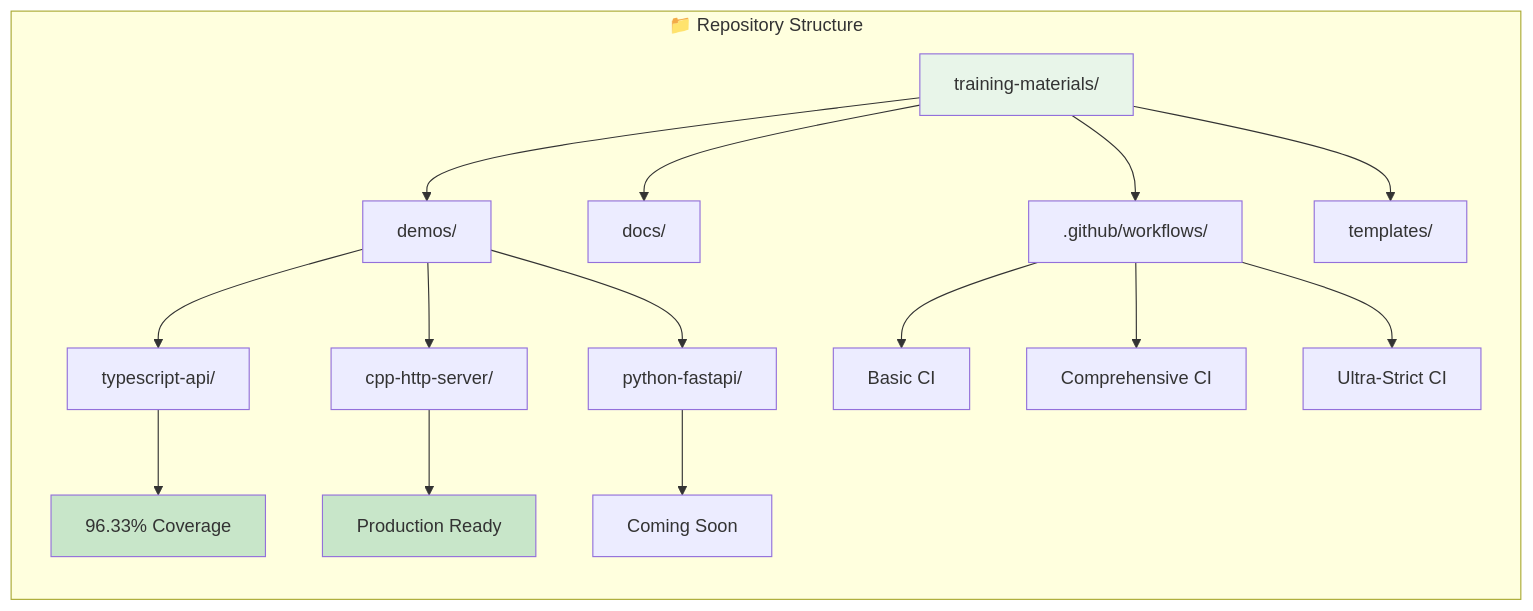
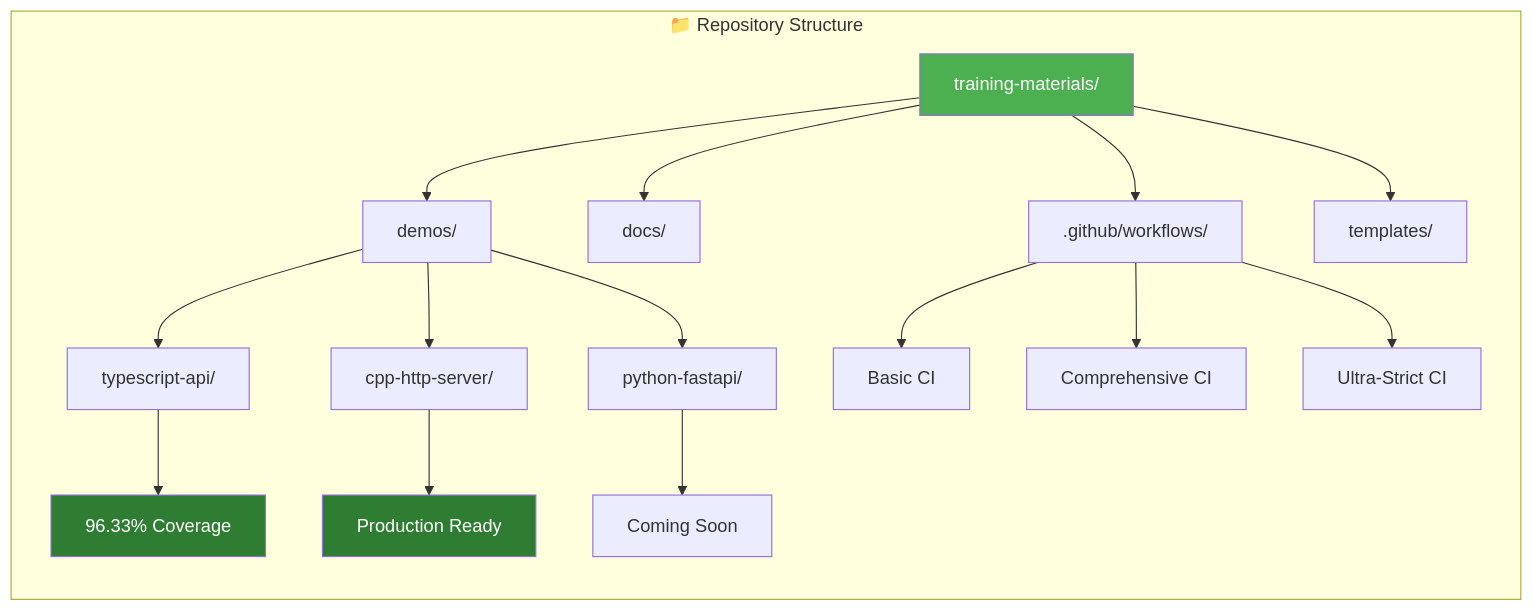
One commit to mvalancy-mt/training-materials changed the second of 10 diagrams in README.md. Above: the diagram before and after it, drawn with Mermaid. The commit also changed other lines of this file and 2 other files, not shown here.

First line of the commit message:
fix: improve mermaid diagram readability with high-contrast colors (#9)

````diff
--- a/README.md
+++ b/README.md
@@ -42,25 +42,25 @@
 ```mermaid
 graph LR
     subgraph "📁 Repository Structure"
         A[training-materials/] --> B[demos/]
         A --> C[docs/]
         A --> D[.github/workflows/]
         A --> E[templates/]
 
         B --> F[typescript-api/]
         B --> G[cpp-http-server/]
         B --> H[python-fastapi/]
 
         F --> F1[96.33% Coverage]
         G --> G1[Production Ready]
         H --> H1[Coming Soon]
 
         D --> I[Basic CI]
         D --> J[Comprehensive CI]
         D --> K[Ultra-Strict CI]
     end
 
-    style A fill:#e8f5e9
-    style F1 fill:#c8e6c9
-    style G1 fill:#c8e6c9
+    style A fill:#4caf50,color:#ffffff
+    style F1 fill:#2e7d32,color:#ffffff
+    style G1 fill:#2e7d32,color:#ffffff
 ```
````
